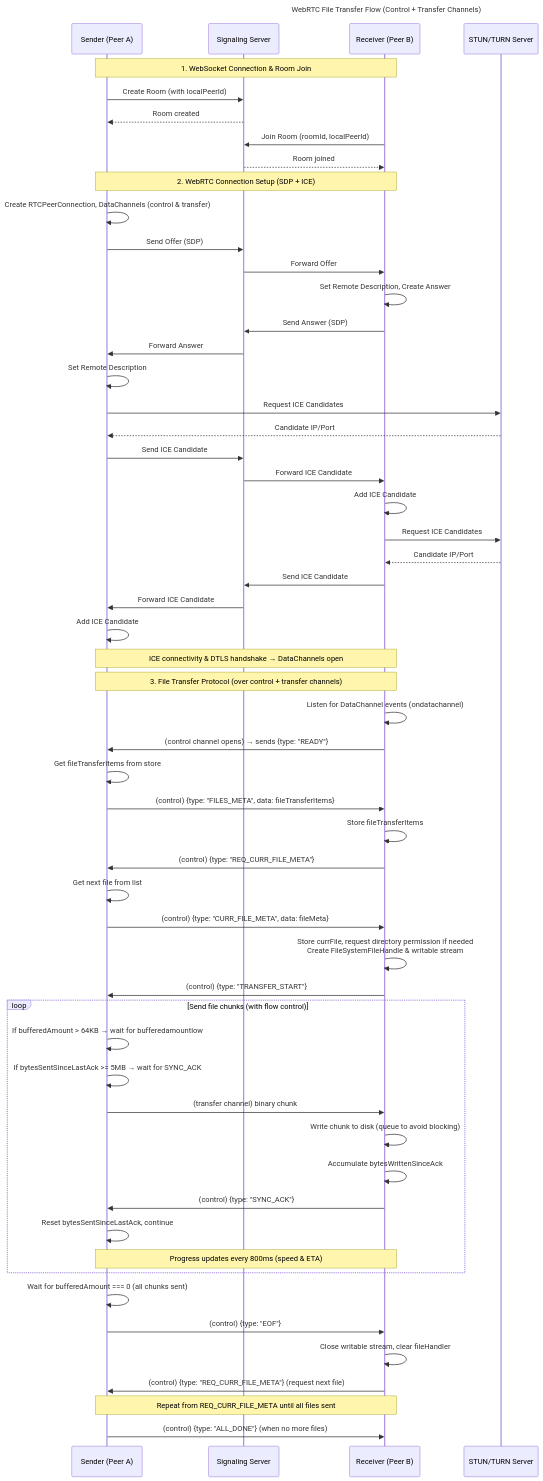
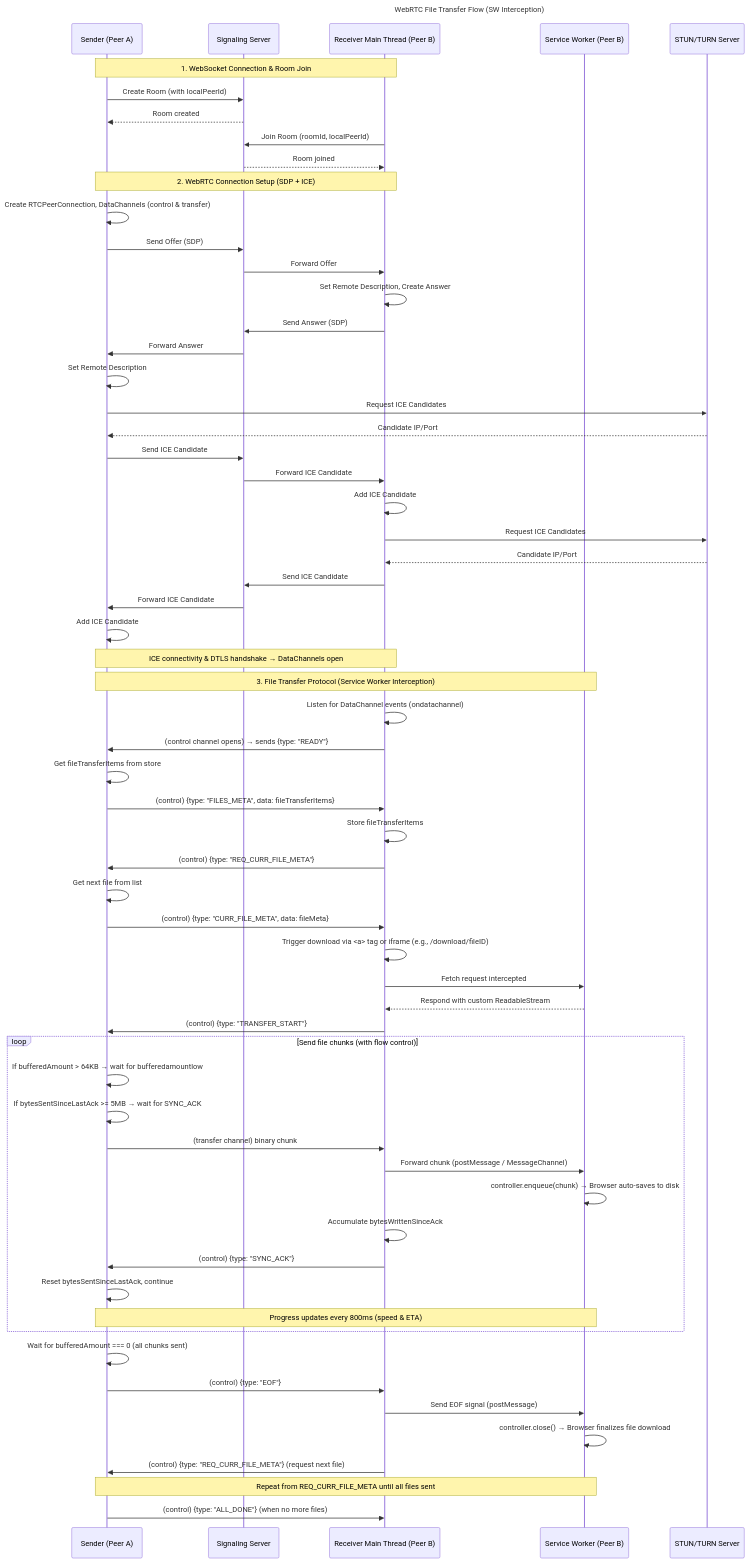
One commit to Prajwal-17/peerflow changed the diagram in README.md. Above: the diagram before and after it, drawn with Mermaid. The commit also changed other lines of this file, not shown here.

````diff
--- a/README.md
+++ b/README.md
@@ -66,11 +48,12 @@
 ```mermaid
 ---
-title: WebRTC File Transfer Flow (Control + Transfer Channels)
+title: WebRTC File Transfer Flow (SW Interception)
 ---
 sequenceDiagram
     participant A as Sender (Peer A)
     participant S as Signaling Server
-    participant B as Receiver (Peer B)
+    participant B as Receiver Main Thread (Peer B)
+    participant SW as Service Worker (Peer B)
     participant STUN as STUN/TURN Server
 
     Note over A,B: 1. WebSocket Connection & Room Join
@@ -102,7 +85,7 @@
 
     Note over A,B: ICE connectivity & DTLS handshake → DataChannels open
 
-    Note over A,B: 3. File Transfer Protocol (over control + transfer channels)
+    Note over A,SW: 3. File Transfer Protocol (Service Worker Interception)
 
     B->>B: Listen for DataChannel events (ondatachannel)
     B->>A: (control channel opens) → sends {type: "READY"}
@@ -116,28 +99,33 @@
     A->>A: Get next file from list
     A->>B: (control) {type: "CURR_FILE_META", data: fileMeta}
 
-    B->>B: Store currFile, request directory permission if needed<br/>Create FileSystemFileHandle & writable stream
+    B->>B: Trigger download via <a> tag or iframe (e.g., /download/fileID)
+    B->>SW: Fetch request intercepted
+    SW-->>B: Respond with custom ReadableStream
     B->>A: (control) {type: "TRANSFER_START"}
 
     loop Send file chunks (with flow control)
         A->>A: If bufferedAmount > 64KB → wait for bufferedamountlow
         A->>A: If bytesSentSinceLastAck >= 5MB → wait for SYNC_ACK
         A->>B: (transfer channel) binary chunk
-        B->>B: Write chunk to disk (queue to avoid blocking)
+        
+        B->>SW: Forward chunk (postMessage / MessageChannel)
+        SW->>SW: controller.enqueue(chunk) → Browser auto-saves to disk
+        
         B->>B: Accumulate bytesWrittenSinceAck
             B->>A: (control) {type: "SYNC_ACK"}
             A->>A: Reset bytesSentSinceLastAck, continue
-        Note over A,B: Progress updates every 800ms (speed & ETA)
+        Note over A,SW: Progress updates every 800ms (speed & ETA)
     end
 
     A->>A: Wait for bufferedAmount === 0 (all chunks sent)
     A->>B: (control) {type: "EOF"}
 
-    B->>B: Close writable stream, clear fileHandler
+    B->>SW: Send EOF signal (postMessage)
+    SW->>SW: controller.close() → Browser finalizes file download
     B->>A: (control) {type: "REQ_CURR_FILE_META"}   (request next file)
 
-    Note over A,B: Repeat from REQ_CURR_FILE_META until all files sent
+    Note over A,SW: Repeat from REQ_CURR_FILE_META until all files sent
 
     A->>B: (control) {type: "ALL_DONE"} (when no more files)
-
 ```
````
